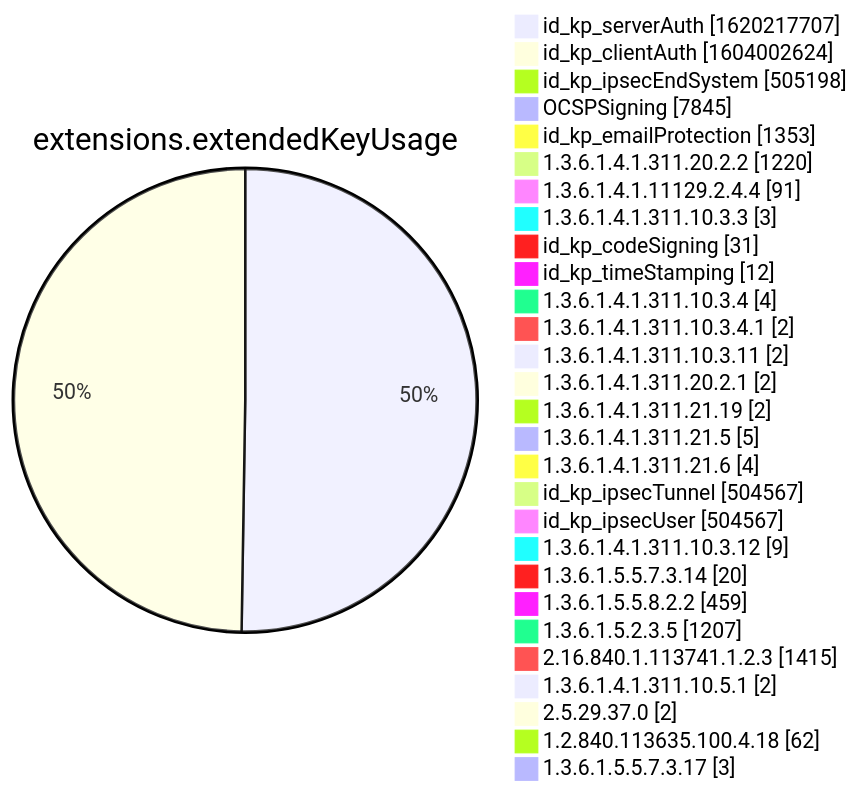
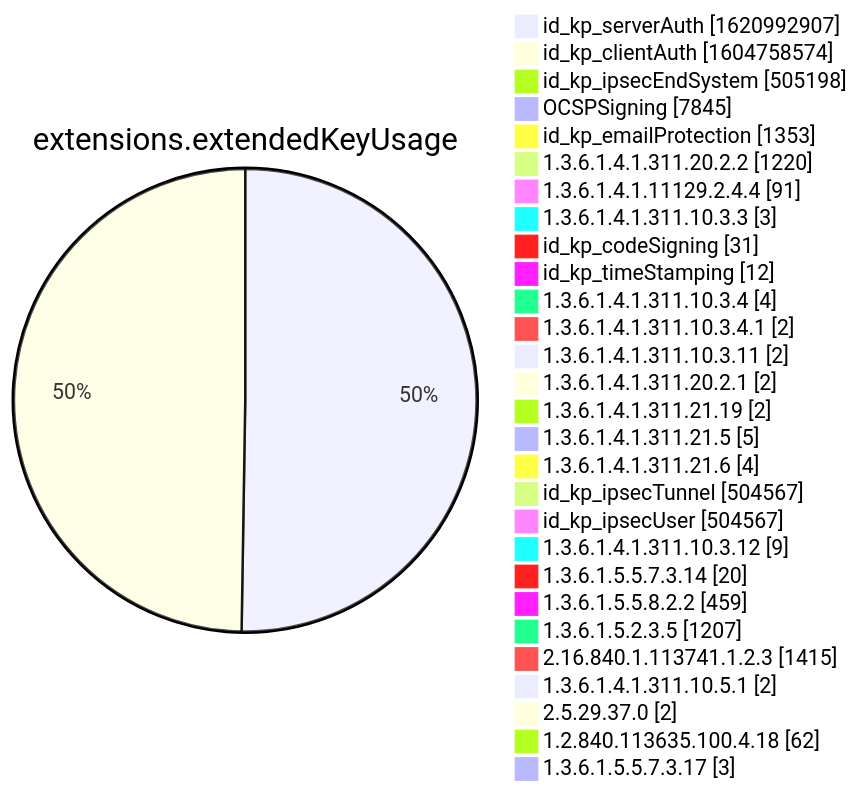
Diagram 12 of 15 in xenon2022/README.md (christiankrug/ctmonitor_visualization), drawn with Mermaid before and after one commit. The commit also changed other lines of this file, not shown here.

````diff
--- a/xenon2022/README.md
+++ b/xenon2022/README.md
@@ -3886,32 +3886,32 @@
 ```mermaid
 pie showData
 title extensions.extendedKeyUsage
-"id_kp_serverAuth" :1620217707
-"id_kp_clientAuth" :1604002624
+"id_kp_serverAuth" :1620992907
+"id_kp_clientAuth" :1604758574
 "id_kp_ipsecEndSystem" :505198
 "OCSPSigning" :7845
 "id_kp_emailProtection" :1353
 "1.3.6.1.4.1.311.20.2.2" :1220
 "1.3.6.1.4.1.11129.2.4.4" :91
 "1.3.6.1.4.1.311.10.3.3" :3
 "id_kp_codeSigning" :31
 "id_kp_timeStamping" :12
 "1.3.6.1.4.1.311.10.3.4" :4
 "1.3.6.1.4.1.311.10.3.4.1" :2
 "1.3.6.1.4.1.311.10.3.11" :2
 "1.3.6.1.4.1.311.20.2.1" :2
 "1.3.6.1.4.1.311.21.19" :2
 "1.3.6.1.4.1.311.21.5" :5
 "1.3.6.1.4.1.311.21.6" :4
 "id_kp_ipsecTunnel" :504567
 "id_kp_ipsecUser" :504567
 "1.3.6.1.4.1.311.10.3.12" :9
 "1.3.6.1.5.5.7.3.14" :20
 "1.3.6.1.5.5.8.2.2" :459
 "1.3.6.1.5.2.3.5" :1207
 "2.16.840.1.113741.1.2.3" :1415
 "1.3.6.1.4.1.311.10.5.1" :2
 "2.5.29.37.0" :2
 "1.2.840.113635.100.4.18" :62
 "1.3.6.1.5.5.7.3.17" :3
 ```
````
